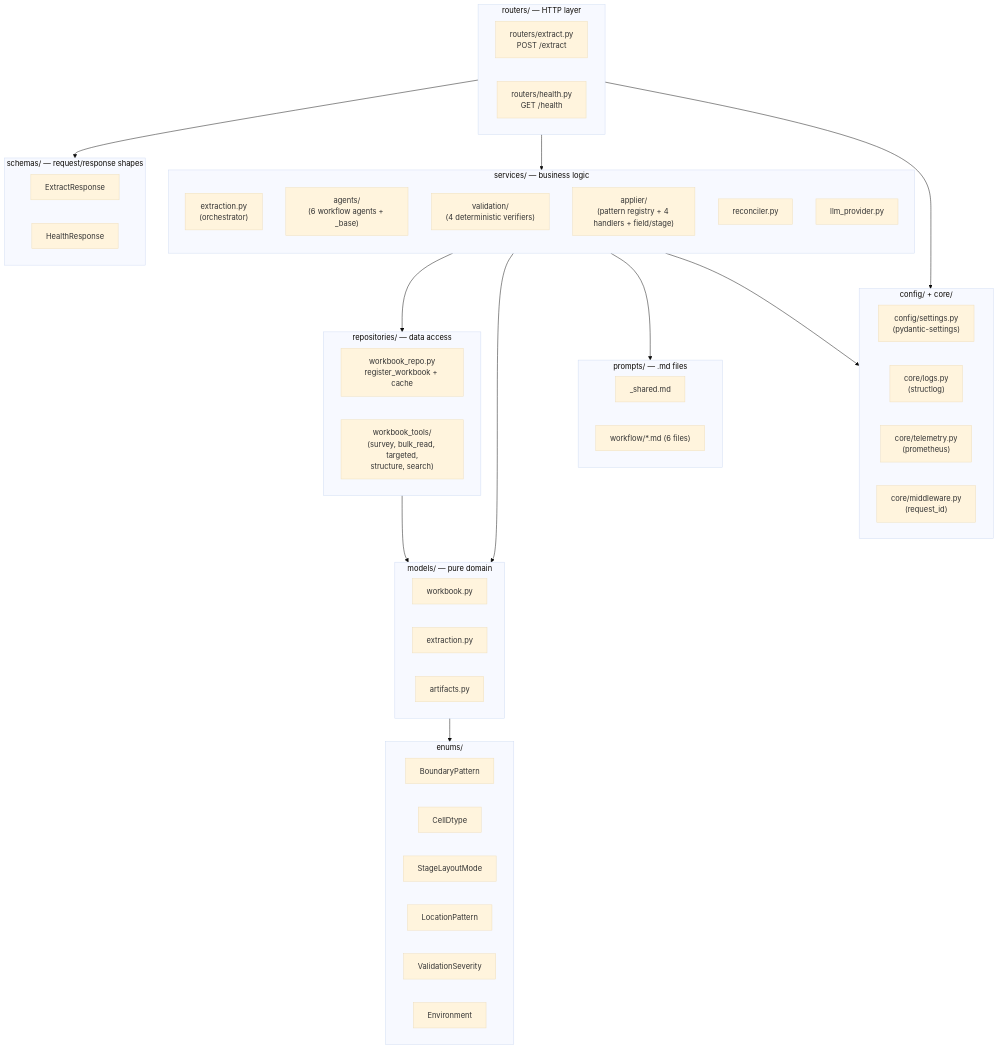
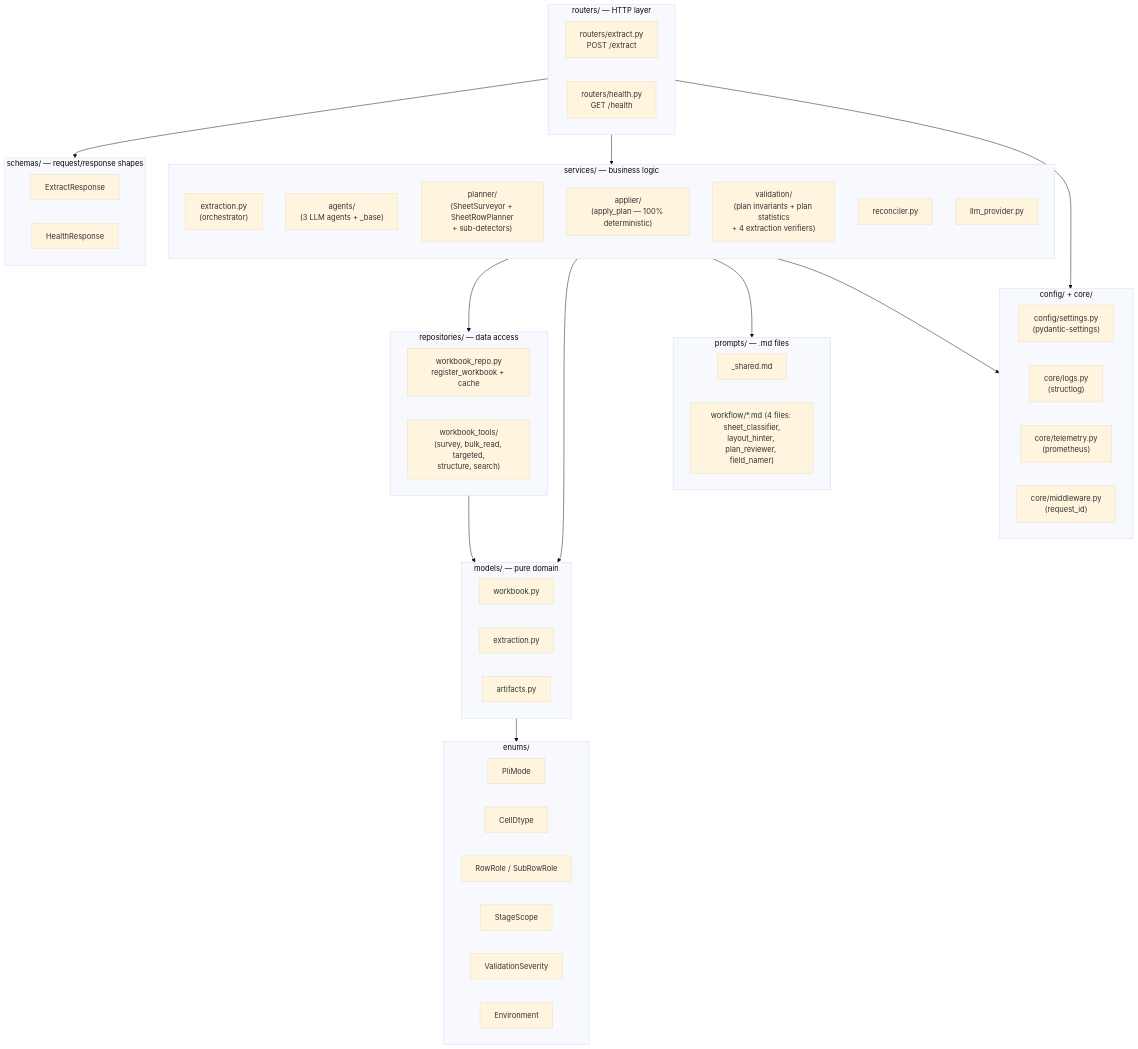
Before and after one commit to DAITA-Labs/tna-service: the first of 9 diagrams in ARCHITECTURE.md, drawn with Mermaid (base theme). The commit also changed other lines of this file, not shown here.

First line of the commit message:
docs(architecture): rewrite for SheetRowPlanner pipeline

````diff
--- a/ARCHITECTURE.md
+++ b/ARCHITECTURE.md
@@ -60,64 +63,65 @@
 ```mermaid
 flowchart TB
     subgraph HTTP["routers/ — HTTP layer"]
       H1["routers/extract.py<br/>POST /extract"]
       H2["routers/health.py<br/>GET /health"]
     end
 
     subgraph SCH["schemas/ — request/response shapes"]
       S1["ExtractResponse"]
       S2["HealthResponse"]
     end
 
     subgraph SVC["services/ — business logic"]
       direction TB
       O["extraction.py<br/>(orchestrator)"]
-      AG["agents/<br/>(6 workflow agents + _base)"]
-      VL["validation/<br/>(4 deterministic verifiers)"]
-      AP["applier/<br/>(pattern registry + 4 handlers + field/stage)"]
+      AG["agents/<br/>(3 LLM agents + _base)"]
+      PL["planner/<br/>(SheetSurveyor + SheetRowPlanner<br/>+ sub-detectors)"]
+      AP["applier/<br/>(apply_plan — 100% deterministic)"]
+      VL["validation/<br/>(plan invariants + plan statistics<br/>+ 4 extraction verifiers)"]
       RC["reconciler.py"]
       LL["llm_provider.py"]
     end
 
     subgraph REPO["repositories/ — data access"]
       R1["workbook_repo.py<br/>register_workbook + cache"]
       R2["workbook_tools/<br/>(survey, bulk_read, targeted,<br/>structure, search)"]
     end
 
     subgraph MODELS["models/ — pure domain"]
       M1["workbook.py"]
       M2["extraction.py"]
       M3["artifacts.py"]
     end
 
     subgraph EN["enums/"]
-      E1["BoundaryPattern"]
+      E1["PliMode"]
       E2["CellDtype"]
-      E3["StageLayoutMode"]
-      E4["LocationPattern"]
+      E3["RowRole / SubRowRole"]
+      E4["StageScope"]
       E5["ValidationSeverity"]
       E6["Environment"]
     end
 
     subgraph CFG["config/ + core/"]
       C1["config/settings.py<br/>(pydantic-settings)"]
       C2["core/logs.py<br/>(structlog)"]
       C3["core/telemetry.py<br/>(prometheus)"]
       C4["core/middleware.py<br/>(request_id)"]
     end
 
     subgraph PROMPTS["prompts/ — .md files"]
       P1["_shared.md"]
-      P2["workflow/*.md (6 files)"]
+      P2["workflow/*.md (4 files: sheet_classifier,<br/>layout_hinter, plan_reviewer, field_namer)"]
     end
 
     HTTP --> SCH
     HTTP --> SVC
     SVC --> REPO
     SVC --> MODELS
     SVC --> PROMPTS
     REPO --> MODELS
     MODELS --> EN
     SVC --> CFG
     HTTP --> CFG
 ```
````
